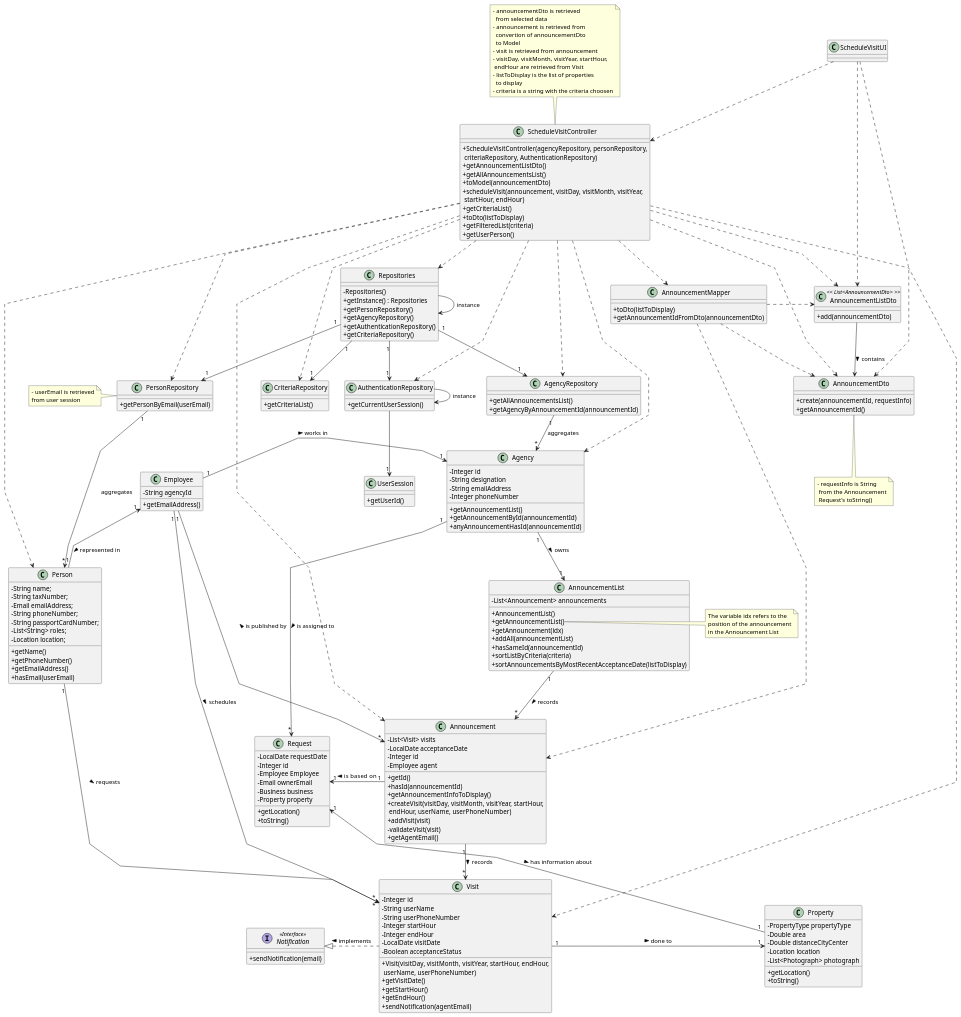
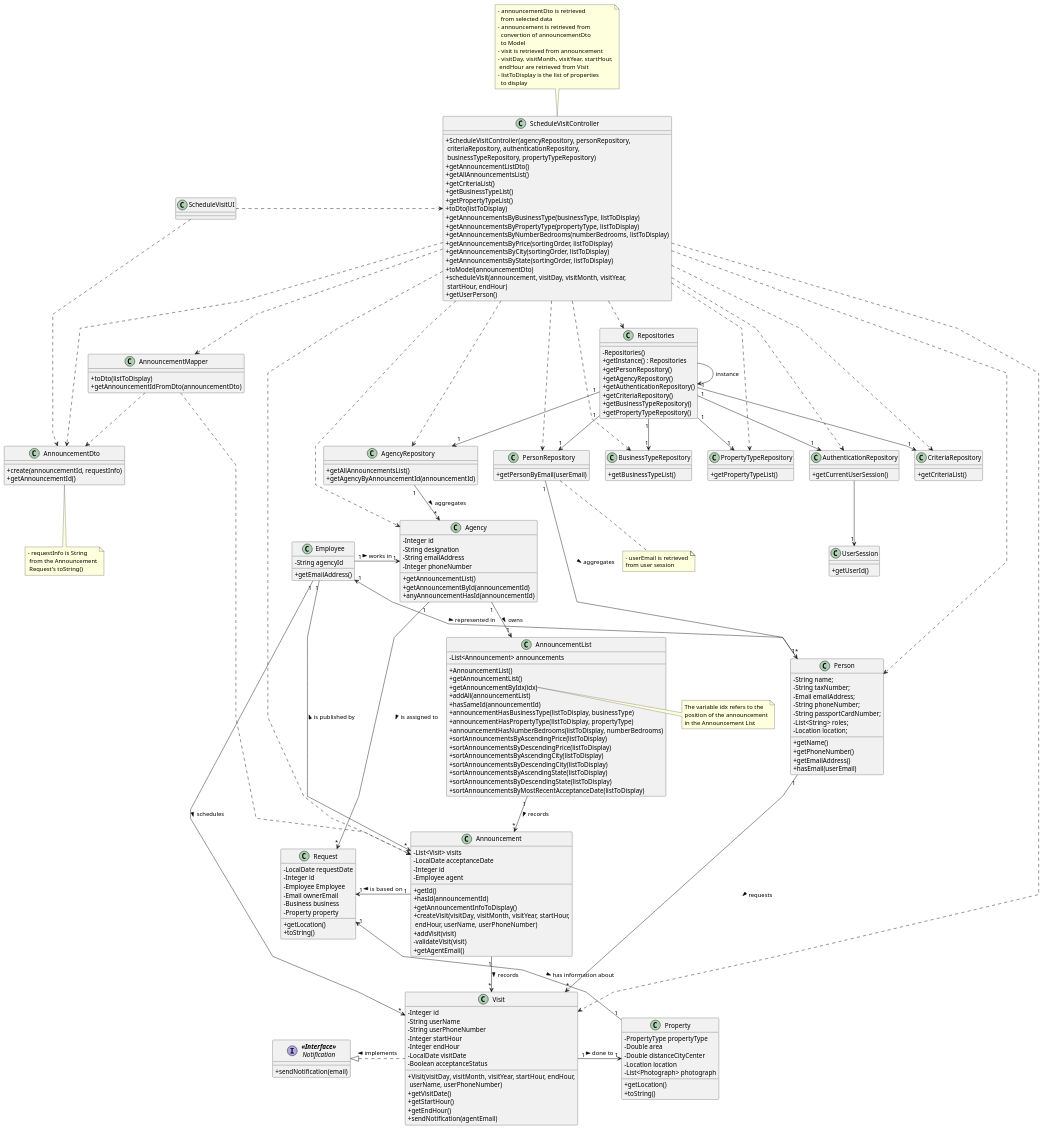
The diagram in docs/sprintD/us009/03.design/puml/us009-class-diagram.puml (rita-barbosa/LAPR2-2223), drawn with PlantUML before and after one commit. The commit also changed 20 other files, not shown here.

```diff
--- a/docs/sprintD/us009/03.design/puml/us009-class-diagram.puml
+++ b/docs/sprintD/us009/03.design/puml/us009-class-diagram.puml
@@ -39,6 +39,14 @@
     + getAgencyByAnnouncementId(announcementId)
 }
 
+class BusinessTypeRepository {
+    + getBusinessTypeList()
+}
+
+class PropertyTypeRepository {
+    + getPropertyTypeList()
+}
+
 class Agency {
     - Integer id
     - String designation
@@ -56,17 +64,26 @@
     + getAgencyRepository()
     + getAuthenticationRepository()
     + getCriteriaRepository()
+    + getBusinessTypeRepository()
+    + getPropertyTypeRepository()
 }
 
 class ScheduleVisitController {
-    + ScheduleVisitController(agencyRepository, personRepository,\n criteriaRepository, AuthenticationRepository)
+    + ScheduleVisitController(agencyRepository, personRepository,\n criteriaRepository, authenticationRepository,\n businessTypeRepository, propertyTypeRepository)
     + getAnnouncementListDto()
     + getAllAnnouncementsList()
+    + getCriteriaList()
+    + getBusinessTypeList()
+    + getPropertyTypeList()
+    + toDto(listToDisplay)
+    + getAnnouncementsByBusinessType(businessType, listToDisplay)
+    + getAnnouncementsByPropertyType(propertyType, listToDisplay)
+    + getAnnouncementsByNumberBedrooms(numberBedrooms, listToDisplay)
+    + getAnnouncementsByPrice(sortingOrder, listToDisplay)
+    + getAnnouncementsByCity(sortingOrder, listToDisplay)
+    + getAnnouncementsByState(sortingOrder, listToDisplay)
     + toModel(announcementDto)
     + scheduleVisit(announcement, visitDay, visitMonth, visitYear,\n startHour, endHour)
-    + getCriteriaList()
-    + toDto(listToDisplay)
-    + getFilteredList(criteria)
     + getUserPerson()
 }
 
@@ -81,7 +98,6 @@
      endHour are retrieved from Visit
     - listToDisplay is the list of properties
       to display
-    - criteria is a string with the criteria choosen
 end note
 
 class ScheduleVisitUI {
@@ -110,25 +126,26 @@
     - List<Announcement> announcements
     + AnnouncementList()
     + getAnnouncementList()
-    + getAnnouncement(idx)
+    + getAnnouncementByIdx(idx)
     + addAll(announcementList)
     + hasSameId(announcementId)
-    + sortListByCriteria(criteria)
+    + announcementHasBusinessType(listToDisplay, businessType)
+    + announcementHasPropertyType(listToDisplay, propertyType)
+    + announcementHasNumberBedrooms(listToDisplay, numberBedrooms)
+    + sortAnnouncementsByAscendingPrice(listToDisplay)
+    + sortAnnouncementsByDescendingPrice(listToDisplay)
+    + sortAnnouncementsByAscendingCity(listToDisplay)
+    + sortAnnouncementsByDescendingCity(listToDisplay)
+    + sortAnnouncementsByAscendingState(listToDisplay)
+    + sortAnnouncementsByDescendingState(listToDisplay)
     + sortAnnouncementsByMostRecentAcceptanceDate(listToDisplay)
 }
 
-note right of AnnouncementList::getAnnouncement
+note right of AnnouncementList::getAnnouncementByIdx
 The variable idx refers to the
 position of the announcement
 in the Announcement List
 end note
-
-note left of AnnouncementList::sortListByFilter
-This method compares "criteria" (a string)
- to a list of criteria available and redirects
- the output to its respective sorting method.
-end note
-
 
 class AnnouncementDto{
     + create(announcementId, requestInfo)
@@ -141,11 +158,6 @@
      Request's toString()
 end note
 
-class AnnouncementListDto << List<AnnouncementDto> >>{
-
-    + add(announcementDto)
-}
-
 class Request{
     - LocalDate requestDate
     - Integer id
@@ -157,11 +169,6 @@
     + toString()
 }
 
-'class Business{
-'    - Double amount
-'    - BusinessType businessType
-'    + toString()
-'}
 
 class Property {
     - PropertyType propertyType
@@ -200,22 +207,20 @@
     + getCriteriaList()
 }
 
-note left of PersonRepository
+note bottom of PersonRepository
     - userEmail is retrieved
     from user session
 end note
 
-Interface Notification << Interface >> {
+Interface Notification as "<b><<Interface>></b>\nNotification" {
     + sendNotification(email)
 }
 
 'RELATIONS
 
-ScheduleVisitUI ..> ScheduleVisitController
+ScheduleVisitUI .> ScheduleVisitController
 
 Repositories -> Repositories : instance
-
-AuthenticationRepository -> AuthenticationRepository : instance
 
 AuthenticationRepository --> "1" UserSession
 
@@ -225,23 +230,31 @@
 
 Repositories "1" --> "1" PersonRepository
 
-Repositories "1" --> "1" CriteriaRepository
-
 Repositories "1" --> "1" AgencyRepository
 
 Repositories "1" --> "1" AuthenticationRepository
 
 ScheduleVisitController ..> PersonRepository
 
+Repositories "1" --> "1" CriteriaRepository
+
 ScheduleVisitController ..> CriteriaRepository
+
+Repositories "1" --> "1" BusinessTypeRepository
+
+ScheduleVisitController ..> BusinessTypeRepository
+
+Repositories "1" --> "1" PropertyTypeRepository
+
+ScheduleVisitController ..> PropertyTypeRepository
 
 ScheduleVisitController ..> AgencyRepository
 
 ScheduleVisitController ..> Agency
 
-AgencyRepository "1" --> "*" Agency : aggregates
+AgencyRepository "1" --> "*" Agency : aggregates >
 
-PersonRepository "1" --> "*" Person : aggregates
+PersonRepository "1" --> "*" Person : aggregates >
 
 ScheduleVisitController ..> Person
 
@@ -255,17 +268,10 @@
 
 AnnouncementMapper ..> AnnouncementDto
 
-AnnouncementMapper .right.> AnnouncementListDto
-
-ScheduleVisitController .> AnnouncementListDto
-
 ScheduleVisitController .> AnnouncementDto
-
-ScheduleVisitUI .> AnnouncementListDto
 
 ScheduleVisitUI .> AnnouncementDto
 
-AnnouncementListDto -> AnnouncementDto : contains >
 
 Person "1" -up-> "1" Employee: represented in <
 Employee "1" --> "*" Announcement: is published by <
```
